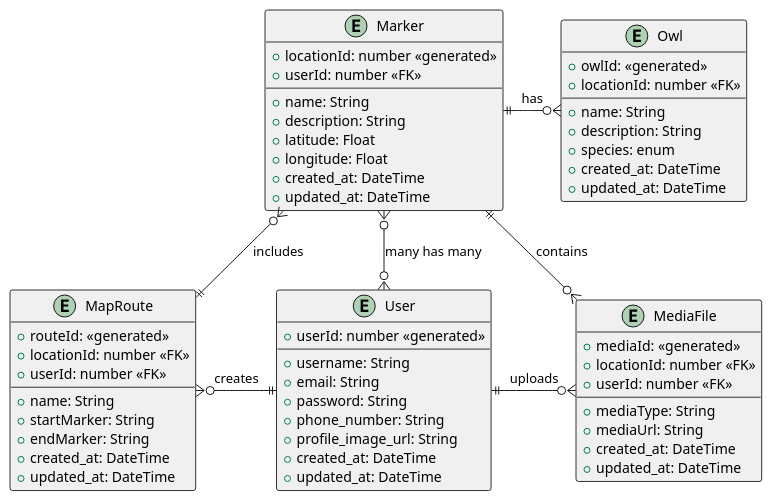
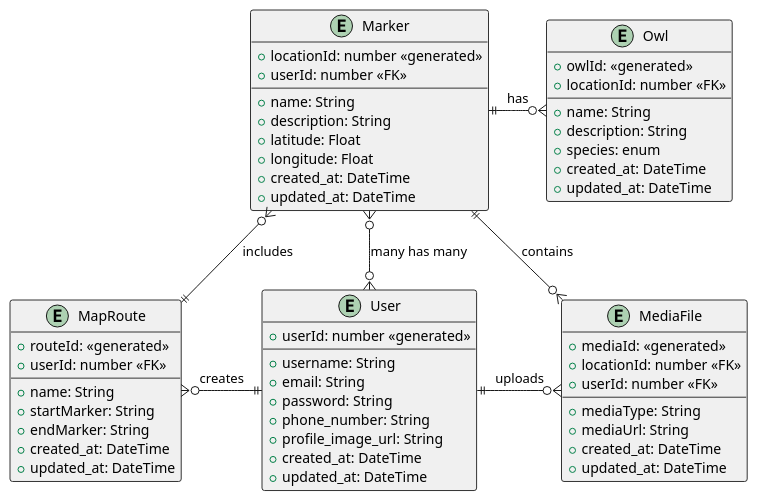
The diagram in docs/diagrams/entity_diagram.plantuml (inatagan/owlmapapi), drawn with PlantUML before and after one commit. The commit also changed 274 other files, not shown here.

```diff
--- a/docs/diagrams/entity_diagram.plantuml
+++ b/docs/diagrams/entity_diagram.plantuml
@@ -1,66 +1,65 @@
 @startuml
 skinparam class {
     BackgroundColor #f0f0f0
     BorderColor #333333
     BorderThickness 1
 }
 entity "User" as Users {
     +userId: number <<generated>>
     --
     +username: String
     +email: String
     +password: String
     +phone_number: String
     +profile_image_url: String
     +created_at: DateTime
     +updated_at: DateTime
 }
 entity "Marker" as Markers {
     +locationId: number <<generated>>
     +userId: number <<FK>>
     --
     +name: String
     +description: String
     +latitude: Float
     +longitude: Float
     +created_at: DateTime
     +updated_at: DateTime
 }
 entity "MediaFile" as MediaFiles {
     +mediaId: <<generated>>
     +locationId: number <<FK>>
     +userId: number <<FK>>
     --
     +mediaType: String
     +mediaUrl: String
     +created_at: DateTime
     +updated_at: DateTime
 }
 entity "MapRoute" as MapRoutes {
     +routeId: <<generated>>
-    +locationId: number <<FK>>
     +userId: number <<FK>>
     --
     +name: String
     +startMarker: String
     +endMarker: String
     +created_at: DateTime
     +updated_at: DateTime
 }
 entity "Owl" as Owls {
     +owlId: <<generated>>
     +locationId: number <<FK>>
     --
     +name: String
     +description: String
     +species: enum
     +created_at: DateTime
     +updated_at: DateTime
 }
 Users }o-u-o{ Markers : "many has many"
 Users ||-r-o{ MediaFiles : "uploads"
 Markers ||-r-o{ MediaFiles : "contains"
 Markers ||-r-o{ Owls : "has"
 Users ||-l-o{ MapRoutes : "creates"
 MapRoutes ||-u-o{ Markers : "includes"
 @enduml
```
